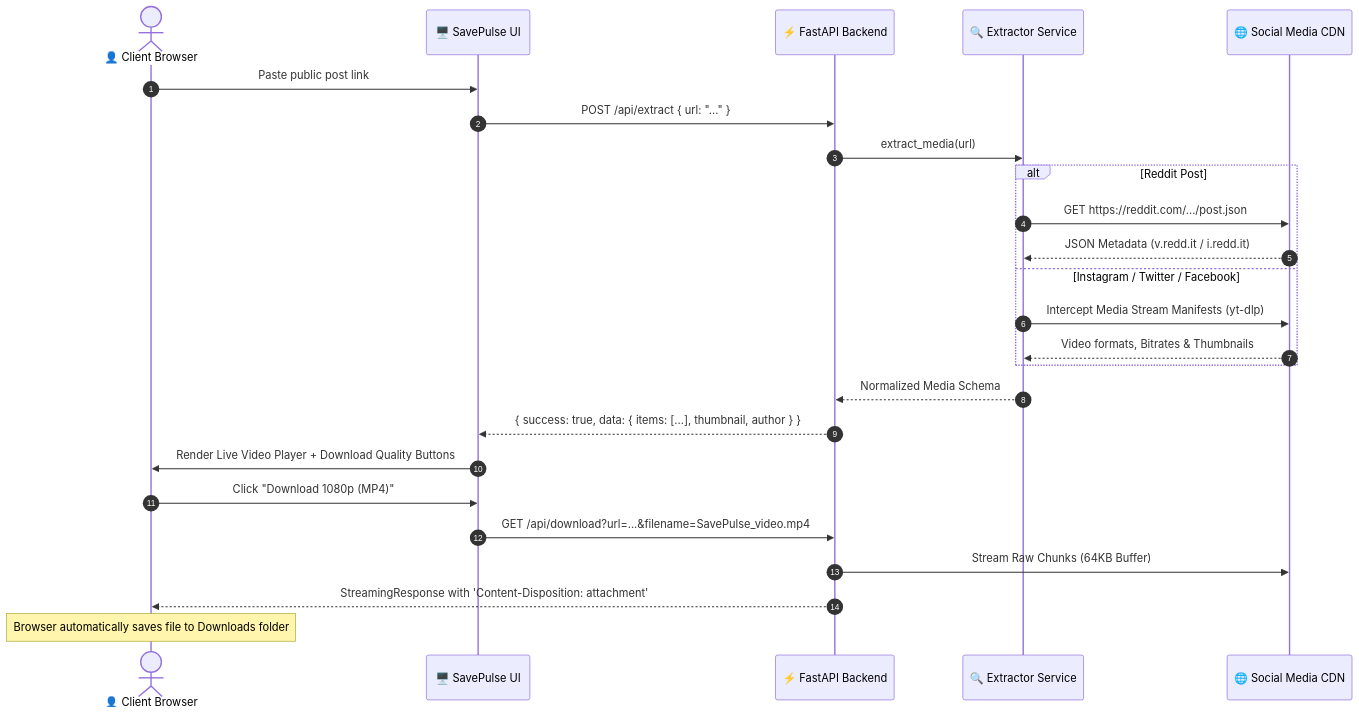
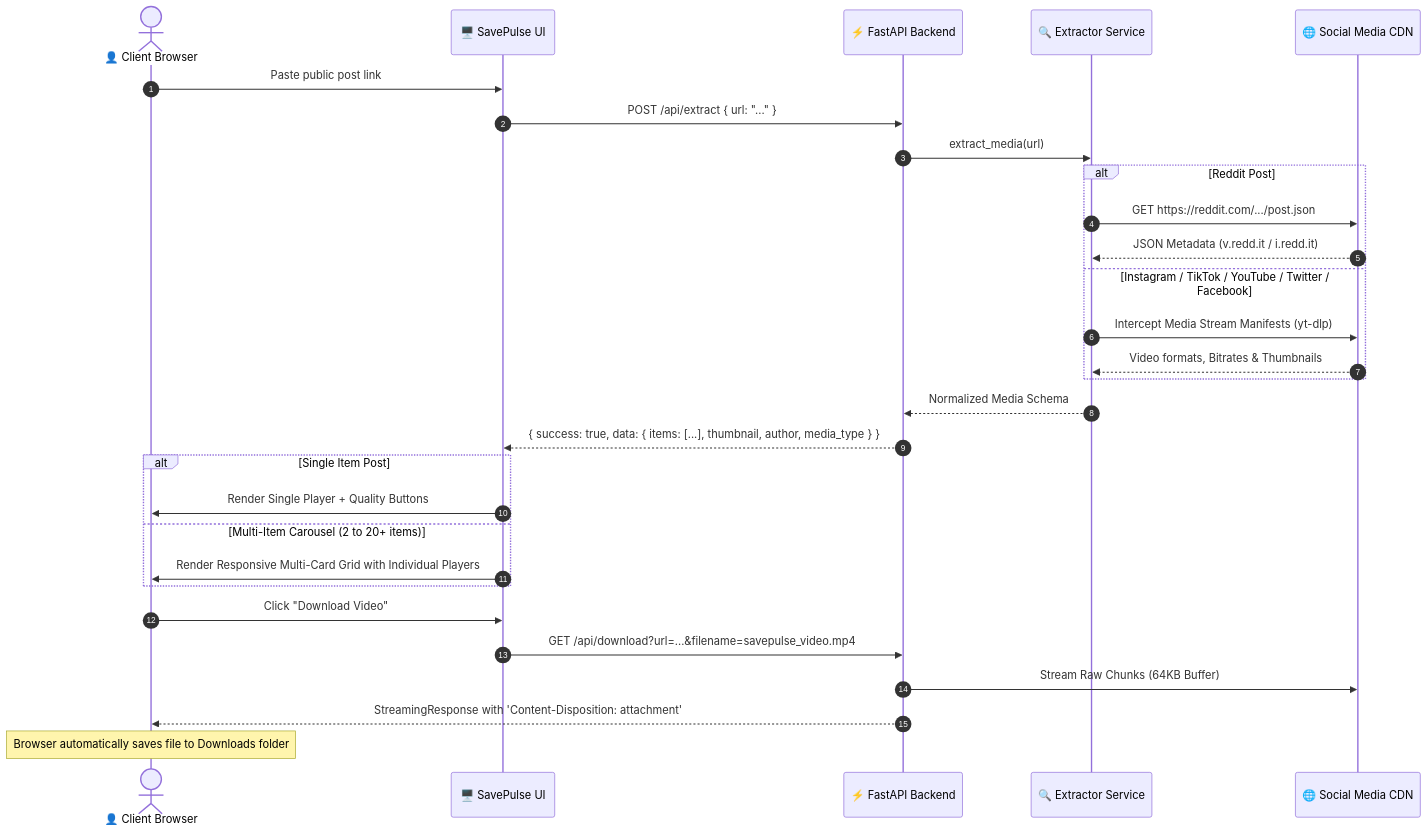
One commit to aakashsakhalkar/SavePulse changed the second of 2 diagrams in README.md. Above: the diagram before and after it, drawn with Mermaid. The commit also changed other lines of this file and 5 other files, not shown here.

````diff
--- a/README.md
+++ b/README.md
@@ -69,31 +79,36 @@
 ```mermaid
 sequenceDiagram
     autonumber
     actor User as 👤 Client Browser
     participant UI as 🖥️ SavePulse UI
     participant API as ⚡ FastAPI Backend
     participant Extractor as 🔍 Extractor Service
     participant CDN as 🌐 Social Media CDN
 
     User->>UI: Paste public post link
     UI->>API: POST /api/extract { url: "..." }
     API->>Extractor: extract_media(url)
     
     alt Reddit Post
         Extractor->>CDN: GET https://reddit.com/.../post.json
         CDN-->>Extractor: JSON Metadata (v.redd.it / i.redd.it)
-    else Instagram / Twitter / Facebook
+    else Instagram / TikTok / YouTube / Twitter / Facebook
         Extractor->>CDN: Intercept Media Stream Manifests (yt-dlp)
         CDN-->>Extractor: Video formats, Bitrates & Thumbnails
     end
 
     Extractor-->>API: Normalized Media Schema
-    API-->>UI: { success: true, data: { items: [...], thumbnail, author } }
-    UI->>User: Render Live Video Player + Download Quality Buttons
+    API-->>UI: { success: true, data: { items: [...], thumbnail, author, media_type } }
+    
+    alt Single Item Post
+        UI->>User: Render Single Player + Quality Buttons
+    else Multi-Item Carousel (2 to 20+ items)
+        UI->>User: Render Responsive Multi-Card Grid with Individual Players
+    end
 
-    User->>UI: Click "Download 1080p (MP4)"
-    UI->>API: GET /api/download?url=...&filename=SavePulse_video.mp4
+    User->>UI: Click "Download Video"
+    UI->>API: GET /api/download?url=...&filename=savepulse_video.mp4
     API->>CDN: Stream Raw Chunks (64KB Buffer)
     API-->>User: StreamingResponse with 'Content-Disposition: attachment'
     Note over User: Browser automatically saves file to Downloads folder
 ```
````
